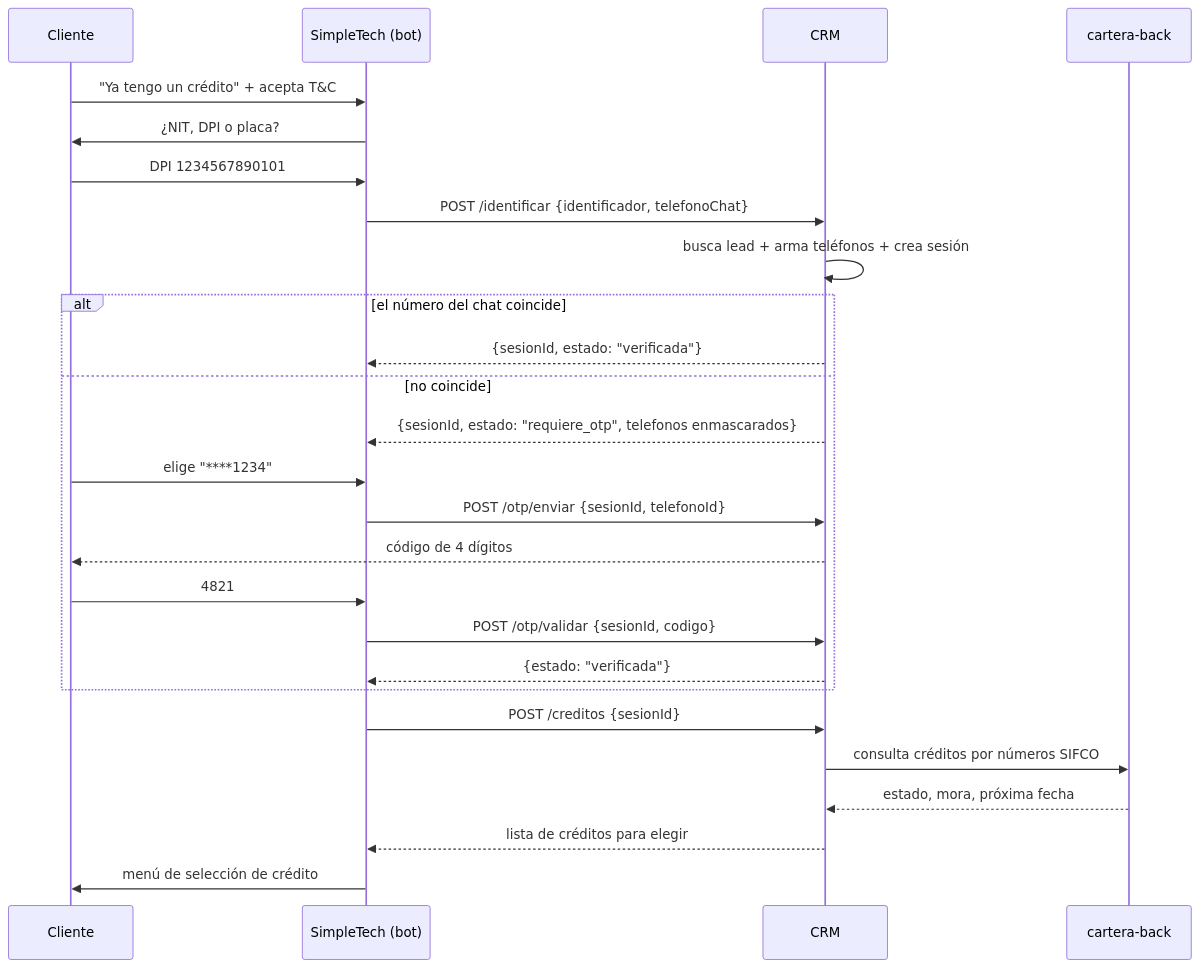
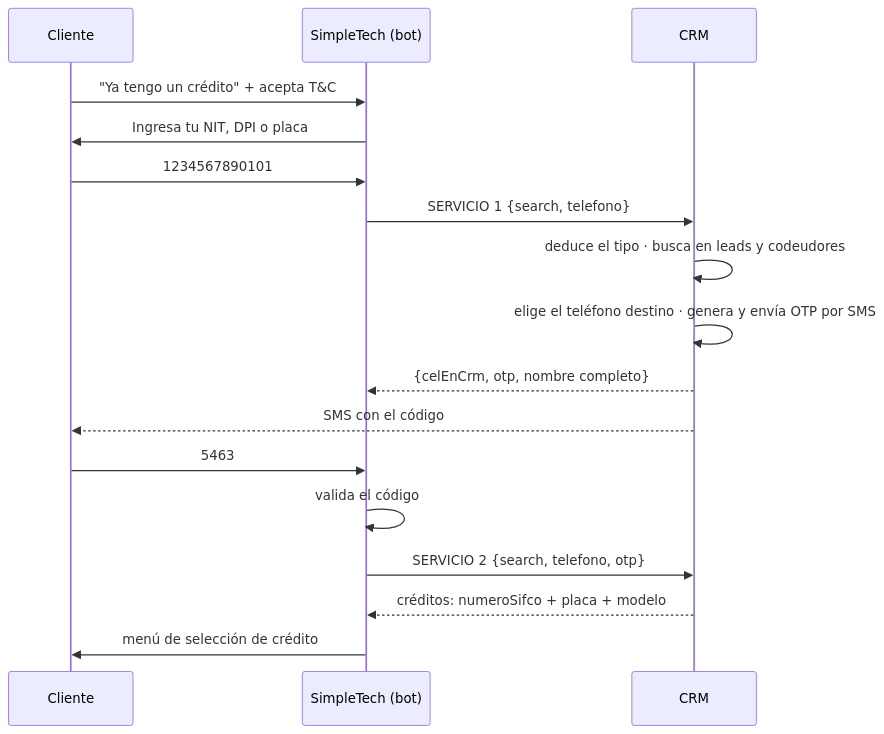
Before and after one commit to Engineering-Club-Cash-In/universe: the diagram in docs/features/bot-whatsapp-cobros/01-identificacion-y-acceso.md, drawn with Mermaid. The commit also changed other lines of this file and 3 other files, not shown here.

````diff
--- a/docs/features/bot-whatsapp-cobros/01-identificacion-y-acceso.md
+++ b/docs/features/bot-whatsapp-cobros/01-identificacion-y-acceso.md
@@ -71,29 +35,20 @@
 ```mermaid
 sequenceDiagram
     participant C as Cliente
     participant B as SimpleTech (bot)
     participant CRM as CRM
-    participant CB as cartera-back
 
     C->>B: "Ya tengo un crédito" + acepta T&C
-    B->>C: ¿NIT, DPI o placa?
-    C->>B: DPI 1234567890101
-    B->>CRM: POST /identificar {identificador, telefonoChat}
-    CRM->>CRM: busca lead + arma teléfonos + crea sesión
-    alt el número del chat coincide
-        CRM-->>B: {sesionId, estado: "verificada"}
-    else no coincide
-        CRM-->>B: {sesionId, estado: "requiere_otp", telefonos enmascarados}
-        C->>B: elige "****1234"
-        B->>CRM: POST /otp/enviar {sesionId, telefonoId}
-        CRM-->>C: código de 4 dígitos
-        C->>B: 4821
-        B->>CRM: POST /otp/validar {sesionId, codigo}
-        CRM-->>B: {estado: "verificada"}
-    end
-    B->>CRM: POST /creditos {sesionId}
-    CRM->>CB: consulta créditos por números SIFCO
-    CB-->>CRM: estado, mora, próxima fecha
-    CRM-->>B: lista de créditos para elegir
+    B->>C: Ingresa tu NIT, DPI o placa
+    C->>B: 1234567890101
+    B->>CRM: SERVICIO 1 {search, telefono}
+    CRM->>CRM: deduce el tipo · busca en leads y codeudores
+    CRM->>CRM: elige el teléfono destino · genera y envía OTP por SMS
+    CRM-->>B: {celEnCrm, otp, nombre completo}
+    CRM-->>C: SMS con el código
+    C->>B: 5463
+    B->>B: valida el código
+    B->>CRM: SERVICIO 2 {search, telefono, otp}
+    CRM-->>B: créditos: numeroSifco + placa + modelo
     B->>C: menú de selección de crédito
 ```
````
